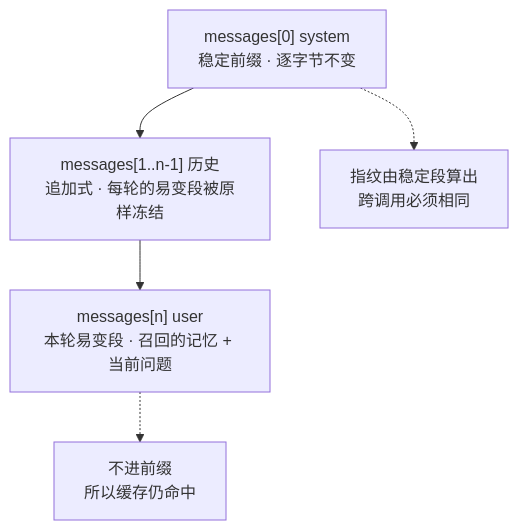
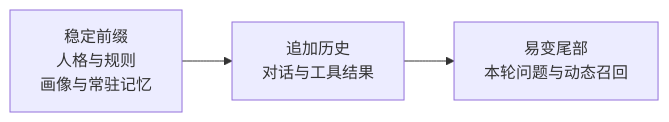
One commit to sjxbbdb/YunXi-Bot changed the fourth of 8 diagrams in README.md. Above: the diagram before and after it, drawn with Mermaid. The commit also changed other lines of this file, not shown here.

Commit message:
docs: explain companion philosophy and module decision flows

````diff
--- a/README.md
+++ b/README.md
@@ -249,7 +175,4 @@
 ```mermaid
-flowchart TD
-    S["messages[0] system<br/>稳定前缀 · 逐字节不变"] --> H["messages[1..n-1] 历史<br/>追加式 · 每轮的易变段被原样冻结"]
-    H --> V["messages[n] user<br/>本轮易变段 · 召回的记忆 + 当前问题"]
-    S -.-> F["指纹由稳定段算出<br/>跨调用必须相同"]
-    V -.-> C["不进前缀<br/>所以缓存仍命中"]
+flowchart LR
+    STABLE[稳定前缀<br/>人格与规则<br/>画像与常驻记忆] --> HISTORY[追加历史<br/>对话与工具结果] --> TAIL[易变尾部<br/>本轮问题与动态召回]
 ```
````
